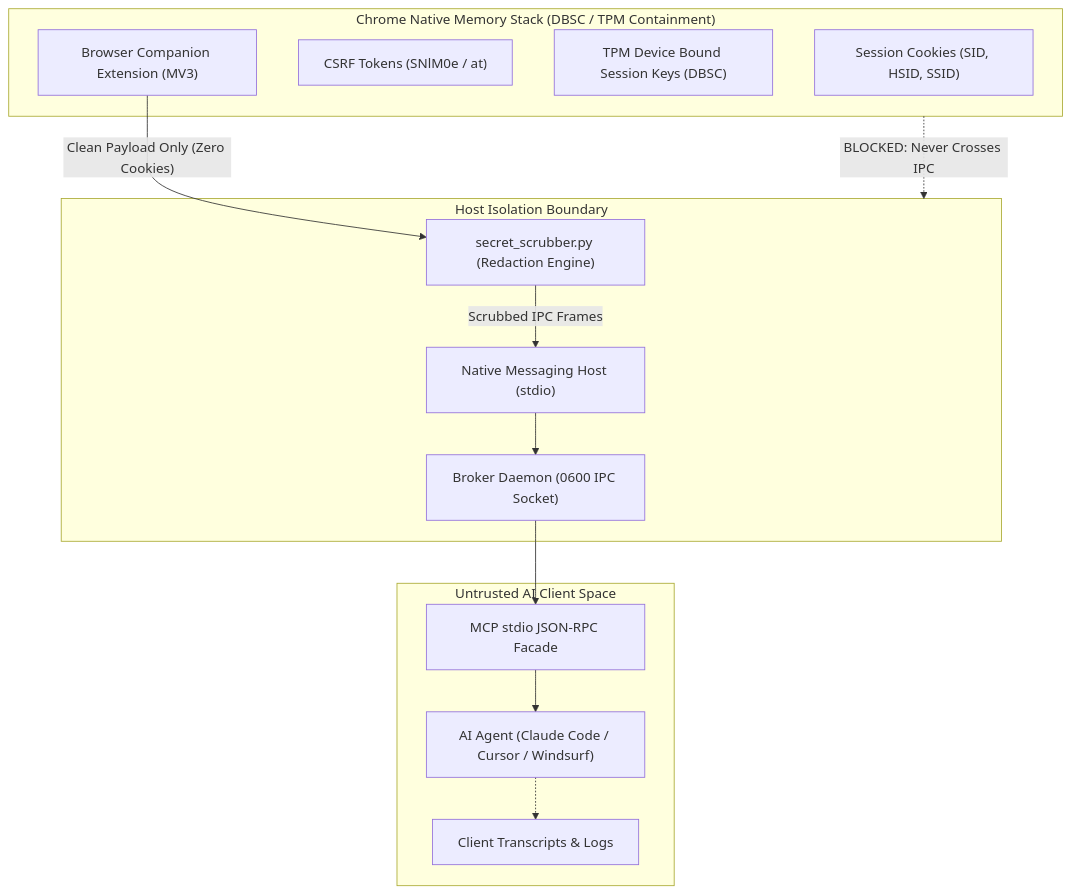
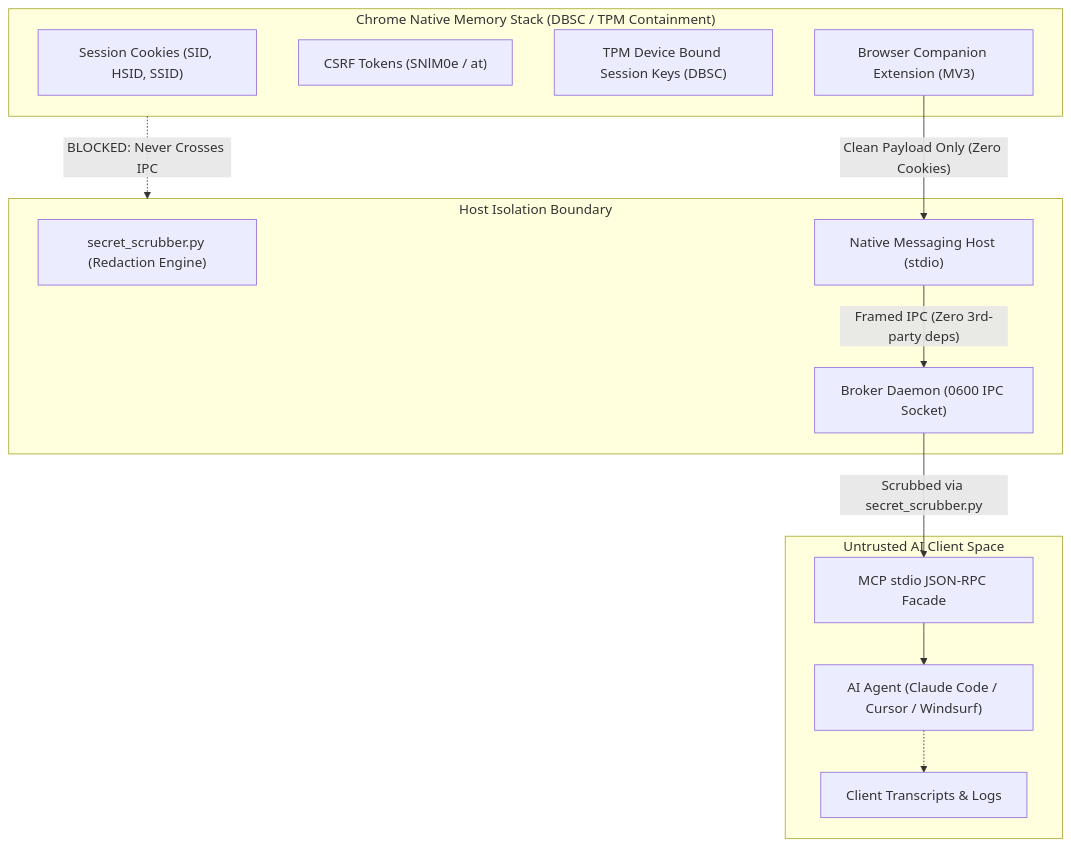
Before and after one commit to wdeldaybytebuster/google-notebook-mcp: the diagram in docs/security.md, drawn with Mermaid. The commit also changed other lines of this file and 22 other files, not shown here.

````diff
--- a/docs/security.md
+++ b/docs/security.md
@@ -9,30 +9,29 @@
 ```mermaid
 flowchart TD
     subgraph BrowserContainment["Chrome Native Memory Stack (DBSC / TPM Containment)"]
         Cookies["Session Cookies (SID, HSID, SSID)"]
         CSRF["CSRF Tokens (SNlM0e / at)"]
         TPM["TPM Device Bound Session Keys (DBSC)"]
         Extension["Browser Companion Extension (MV3)"]
     end
 
     subgraph IPCBoundary["Host Isolation Boundary"]
         Scrubber["secret_scrubber.py (Redaction Engine)"]
         NativeHost["Native Messaging Host (stdio)"]
         Broker["Broker Daemon (0600 IPC Socket)"]
     end
 
     subgraph ClientSpace["Untrusted AI Client Space"]
         MCPFacade["MCP stdio JSON-RPC Facade"]
         Client["AI Agent (Claude Code / Cursor / Windsurf)"]
         Logs["Client Transcripts & Logs"]
     end
 
-    Extension -- "Clean Payload Only (Zero Cookies)" --> Scrubber
-    Scrubber -- "Scrubbed IPC Frames" --> NativeHost
-    NativeHost --> Broker
-    Broker --> MCPFacade
+    Extension -- "Clean Payload Only (Zero Cookies)" --> NativeHost
+    NativeHost -- "Framed IPC (Zero 3rd-party deps)" --> Broker
+    Broker -- "Scrubbed via secret_scrubber.py" --> MCPFacade
     MCPFacade --> Client
     Client -.-> Logs
 
     BrowserContainment -.->|"BLOCKED: Never Crosses IPC"| IPCBoundary
 ```
````
